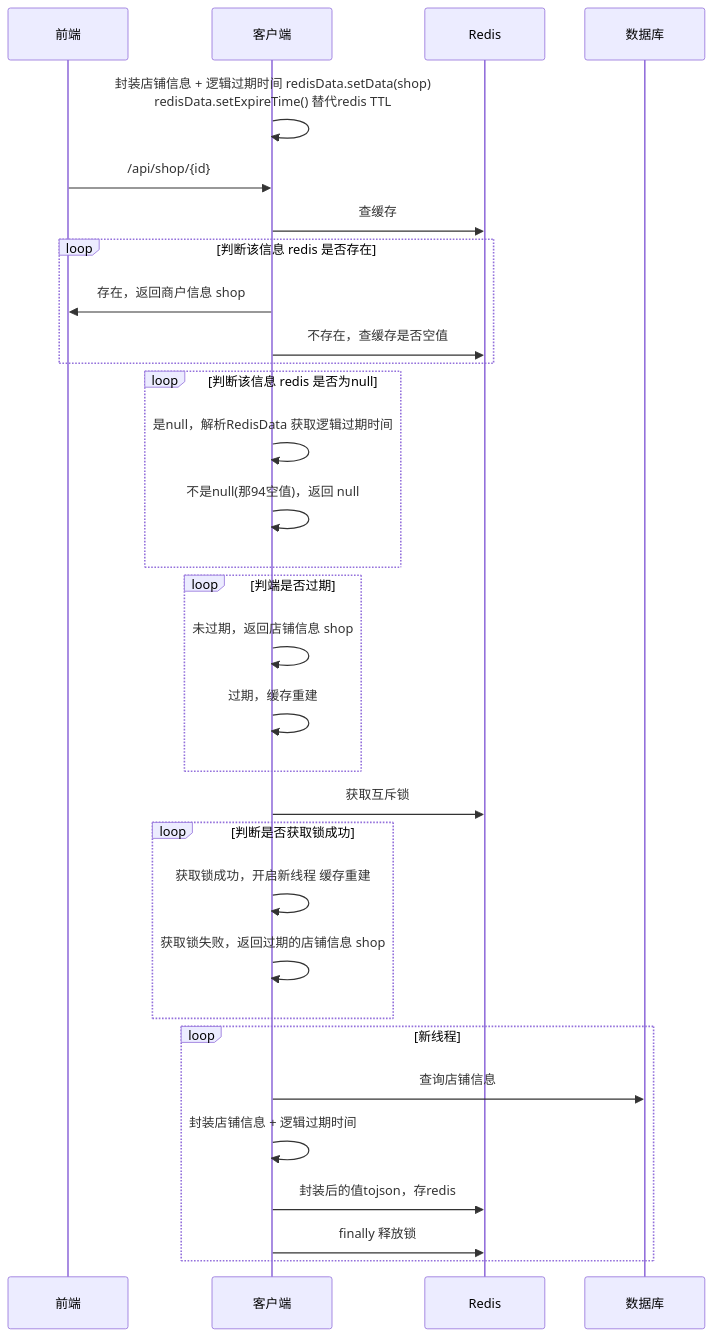
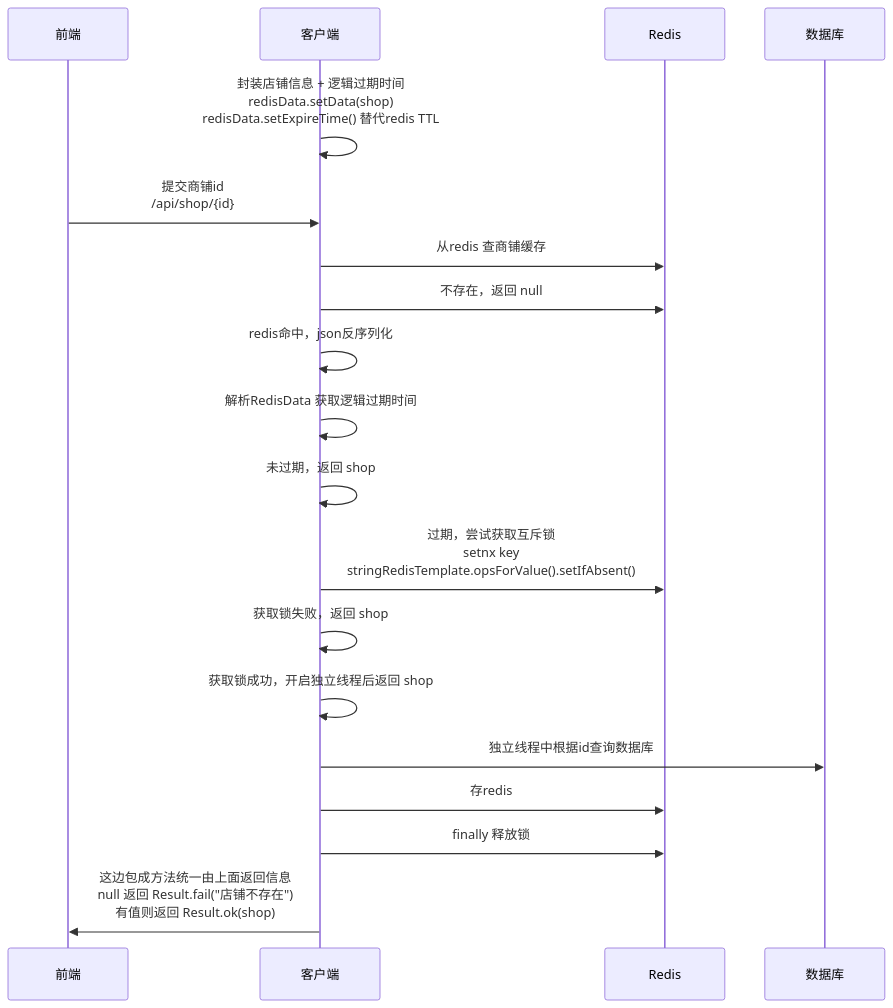
Before and after one commit to feed981/e01: the fifth of 5 diagrams in README.md, drawn with Mermaid. The commit also changed other lines of this file, not shown here.

````diff
--- a/README.md
+++ b/README.md
@@ -1424,34 +853,22 @@
 ```mermaid
 sequenceDiagram
     participant 前端
     participant 客户端
     participant Redis
     participant 数据库
-	
-	客户端->>客户端: 封装店铺信息 + 逻辑过期时间 redisData.setData(shop) <br> redisData.setExpireTime() 替代redis TTL
-	前端->>客户端: /api/shop/{id}
-	客户端->>Redis: 查缓存
-	loop 判断该信息 redis 是否存在
-	  客户端->>前端: 存在，返回商户信息 shop
-	  客户端->>Redis: 不存在，查缓存是否空值
-	end
-	loop 判断该信息 redis 是否为null
-	  客户端->>客户端: 	是null，解析RedisData 获取逻辑过期时间
-	  客户端->>客户端: 	不是null(那94空值)，返回 null 
-	end
-	loop 判端是否过期
-		客户端->>客户端: 未过期，返回店铺信息 shop
-		客户端->>客户端: 过期，缓存重建
-	end
-	客户端->>Redis: 获取互斥锁
-	loop 判断是否获取锁成功
-		客户端->>客户端: 获取锁成功，开启新线程 缓存重建
-		客户端->>客户端: 获取锁失败，返回过期的店铺信息 shop	
-	end 
-	loop 新线程 
-	  客户端->>数据库: 查询店铺信息
-	  客户端->>客户端: 封装店铺信息 + 逻辑过期时间
-	  客户端->>Redis: 封装后的值tojson，存redis
-      客户端->>Redis: finally 释放锁
-	end
+
+客户端->>客户端: 封装店铺信息 + 逻辑过期时间 <br>redisData.setData(shop) <br> redisData.setExpireTime() 替代redis TTL
+前端->>客户端: 提交商铺id <br>/api/shop/{id}
+客户端->>Redis: 从redis 查商铺缓存
+客户端->>Redis: 不存在，返回 null
+客户端->>客户端: redis命中，json反序列化
+客户端->>客户端: 解析RedisData 获取逻辑过期时间
+客户端->>客户端: 未过期，返回 shop
+客户端->>Redis: 过期，尝试获取互斥锁<br>setnx key <br>stringRedisTemplate.opsForValue().setIfAbsent()
+客户端->>客户端: 获取锁失败，返回 shop
+客户端->>客户端: 获取锁成功，开启独立线程后返回 shop
+客户端->>数据库: 独立线程中根据id查询数据库
+客户端->>Redis: 存redis
+客户端->>Redis: finally 释放锁
+客户端->>前端: 这边包成方法统一由上面返回信息<br>null 返回 Result.fail("店铺不存在")<br>有值则返回 Result.ok(shop)
 ```
````
